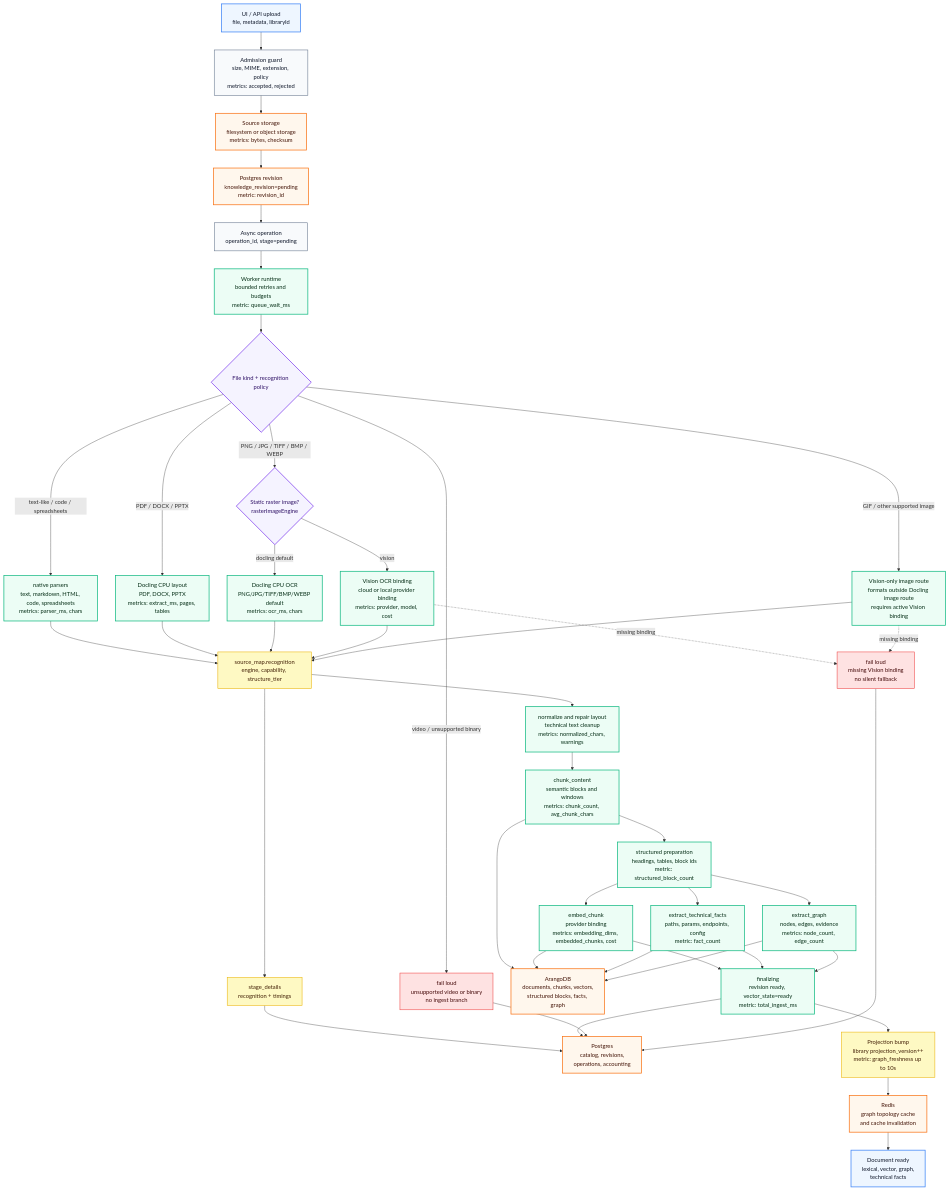
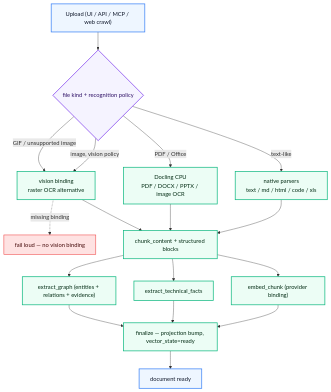
One commit to mlimarenko/IronRAG changed the first of 2 diagrams in docs/en/README.md. Above: the diagram before and after it, drawn with Mermaid. The commit also changed other lines of this file and 835 other files, not shown here.

````diff
--- a/docs/en/README.md
+++ b/docs/en/README.md
@@ -69,76 +21,38 @@
 ```mermaid
 flowchart TD
   classDef entry fill:#eef6ff,stroke:#3b82f6,stroke-width:2px,color:#0f172a
-  classDef api fill:#f8fafc,stroke:#64748b,stroke-width:1.5px,color:#0f172a
   classDef worker fill:#ecfdf5,stroke:#10b981,stroke-width:2px,color:#052e16
   classDef db fill:#fff7ed,stroke:#f97316,stroke-width:2px,color:#431407
   classDef decision fill:#f5f3ff,stroke:#7c3aed,stroke-width:2px,color:#2e1065
-  classDef metric fill:#fef9c3,stroke:#eab308,stroke-width:1.5px,color:#422006
   classDef fail fill:#fee2e2,stroke:#ef4444,stroke-width:1.5px,color:#450a0a
 
-  Upload["UI / API upload<br/>file, metadata, libraryId"]:::entry
-  Admission["Admission guard<br/>size, MIME, extension, policy<br/>metrics: accepted, rejected"]:::api
-  Storage["Source storage<br/>filesystem or object storage<br/>metrics: bytes, checksum"]:::db
-  Revision["Postgres revision<br/>knowledge_revision=pending<br/>metric: revision_id"]:::db
-  Operation["Async operation<br/>operation_id, stage=pending"]:::api
-  Worker["Worker runtime<br/>bounded retries and budgets<br/>metric: queue_wait_ms"]:::worker
+  Upload["Upload (UI / API / MCP / web crawl)"]:::entry
+  Detect{"file kind + recognition policy"}:::decision
+  Native["native parsers<br/>text / md / html / code / xls"]:::worker
+  Docling["Docling CPU<br/>PDF / DOCX / PPTX / image OCR"]:::worker
+  Vision["vision binding<br/>raster OCR alternative"]:::worker
+  MissingVision["fail loud — no vision binding"]:::fail
+  Chunk["chunk_content + structured blocks"]:::worker
+  Embed["embed_chunk (provider binding)"]:::worker
+  Facts["extract_technical_facts"]:::worker
+  Graph["extract_graph (entities + relations + evidence)"]:::worker
+  Final["finalize — projection bump, vector_state=ready"]:::worker
+  Ready["document ready"]:::entry
 
-  Detect{"File kind + recognition policy"}:::decision
-  Native["native parsers<br/>text, markdown, HTML, code, spreadsheets<br/>metrics: parser_ms, chars"]:::worker
-  DoclingDocs["Docling CPU layout<br/>PDF, DOCX, PPTX<br/>metrics: extract_ms, pages, tables"]:::worker
-  RasterPolicy{"Static raster image?<br/>rasterImageEngine"}:::decision
-  DoclingImage["Docling CPU OCR<br/>PNG/JPG/TIFF/BMP/WEBP default<br/>metrics: ocr_ms, chars"]:::worker
-  VisionImage["Vision OCR binding<br/>cloud or local provider binding<br/>metrics: provider, model, cost"]:::worker
-  VisionOnly["Vision-only image route<br/>formats outside Docling image route<br/>requires active Vision binding"]:::worker
-  RecognitionMap["source_map.recognition<br/>engine, capability, structure_tier"]:::metric
-  MissingVision["fail loud<br/>missing Vision binding<br/>no silent fallback"]:::fail
-  Unsupported["fail loud<br/>unsupported video or binary<br/>no ingest branch"]:::fail
-
-  Normalize["normalize and repair layout<br/>technical text cleanup<br/>metrics: normalized_chars, warnings"]:::worker
-  Chunk["chunk_content<br/>semantic blocks and windows<br/>metrics: chunk_count, avg_chunk_chars"]:::worker
-  Prepare["structured preparation<br/>headings, tables, block ids<br/>metric: structured_block_count"]:::worker
-  Embed["embed_chunk<br/>provider binding<br/>metrics: embedding_dims, embedded_chunks, cost"]:::worker
-  Facts["extract_technical_facts<br/>paths, params, endpoints, config<br/>metric: fact_count"]:::worker
-  Graph["extract_graph<br/>nodes, edges, evidence<br/>metrics: node_count, edge_count"]:::worker
-  Finalize["finalizing<br/>revision ready, vector_state=ready<br/>metric: total_ingest_ms"]:::worker
-
-  Arango["ArangoDB<br/>documents, chunks, vectors,<br/>structured blocks, facts, graph"]:::db
-  Postgres["Postgres<br/>catalog, revisions,<br/>operations, accounting"]:::db
-  Redis["Redis<br/>graph topology cache<br/>and cache invalidation"]:::db
-  Projection["Projection bump<br/>library projection_version++<br/>metric: graph_freshness up to 10s"]:::metric
-  Ready["Document ready<br/>lexical, vector, graph,<br/>technical facts"]:::entry
-
-  Upload --> Admission --> Storage --> Revision --> Operation --> Worker --> Detect
-  Detect -->|"text-like / code / spreadsheets"| Native
-  Detect -->|"PDF / DOCX / PPTX"| DoclingDocs
-  Detect -->|"PNG / JPG / TIFF / BMP / WEBP"| RasterPolicy
-  RasterPolicy -->|"docling default"| DoclingImage
-  RasterPolicy -->|"vision"| VisionImage
-  Detect -->|"GIF / other supported image"| VisionOnly
-  Detect -->|"video / unsupported binary"| Unsupported
-  VisionImage -. missing binding .-> MissingVision
-  VisionOnly -. missing binding .-> MissingVision
-
-  Native --> RecognitionMap
-  DoclingDocs --> RecognitionMap
-  DoclingImage --> RecognitionMap
-  VisionImage --> RecognitionMap
-  VisionOnly --> RecognitionMap
-  RecognitionMap --> Normalize --> Chunk --> Prepare
-  Prepare --> Embed
-  Prepare --> Facts
-  Prepare --> Graph
-  Chunk --> Arango
-  Embed --> Arango
-  Facts --> Arango
-  Graph --> Arango
-  Extracted["stage_details<br/>recognition + timings"]:::metric
-  RecognitionMap --> Extracted --> Postgres
-  Embed --> Finalize
-  Facts --> Finalize
-  Graph --> Finalize
-  Finalize --> Postgres
-  Finalize --> Projection --> Redis --> Ready
-  Unsupported --> Postgres
-  MissingVision --> Postgres
+  Upload --> Detect
+  Detect -->|text-like| Native
+  Detect -->|PDF / Office| Docling
+  Detect -->|image, vision policy| Vision
+  Detect -->|GIF / unsupported image| Vision
+  Vision -. missing binding .-> MissingVision
+  Native --> Chunk
+  Docling --> Chunk
+  Vision --> Chunk
+  Chunk --> Embed
+  Chunk --> Facts
+  Chunk --> Graph
+  Embed --> Final
+  Facts --> Final
+  Graph --> Final
+  Final --> Ready
 ```
````
